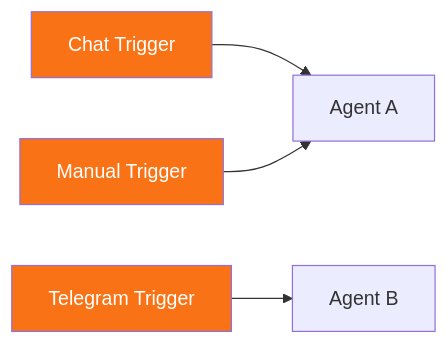
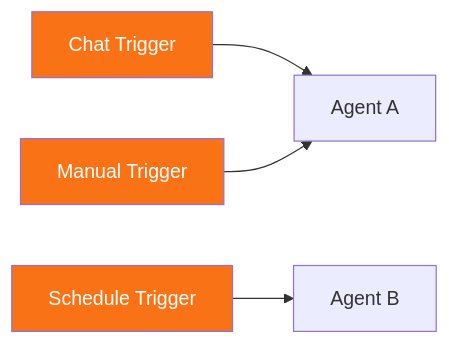
Before and after one commit to theuselessai/Pipelit: the diagram in docs-site/docs/components/triggers/index.md, drawn with Mermaid. The commit also changed other lines of this file and 58 other files, not shown here.

````diff
--- a/docs-site/docs/components/triggers/index.md
+++ b/docs-site/docs/components/triggers/index.md
@@ -39,10 +43,10 @@
 ```mermaid
 graph LR
     TC[Chat Trigger] --> A1[Agent A]
-    TT[Telegram Trigger] --> A2[Agent B]
+    TS[Schedule Trigger] --> A2[Agent B]
     TM[Manual Trigger] --> A1
 
     style TC fill:#f97316,color:white
-    style TT fill:#f97316,color:white
+    style TS fill:#f97316,color:white
     style TM fill:#f97316,color:white
 ```
````
